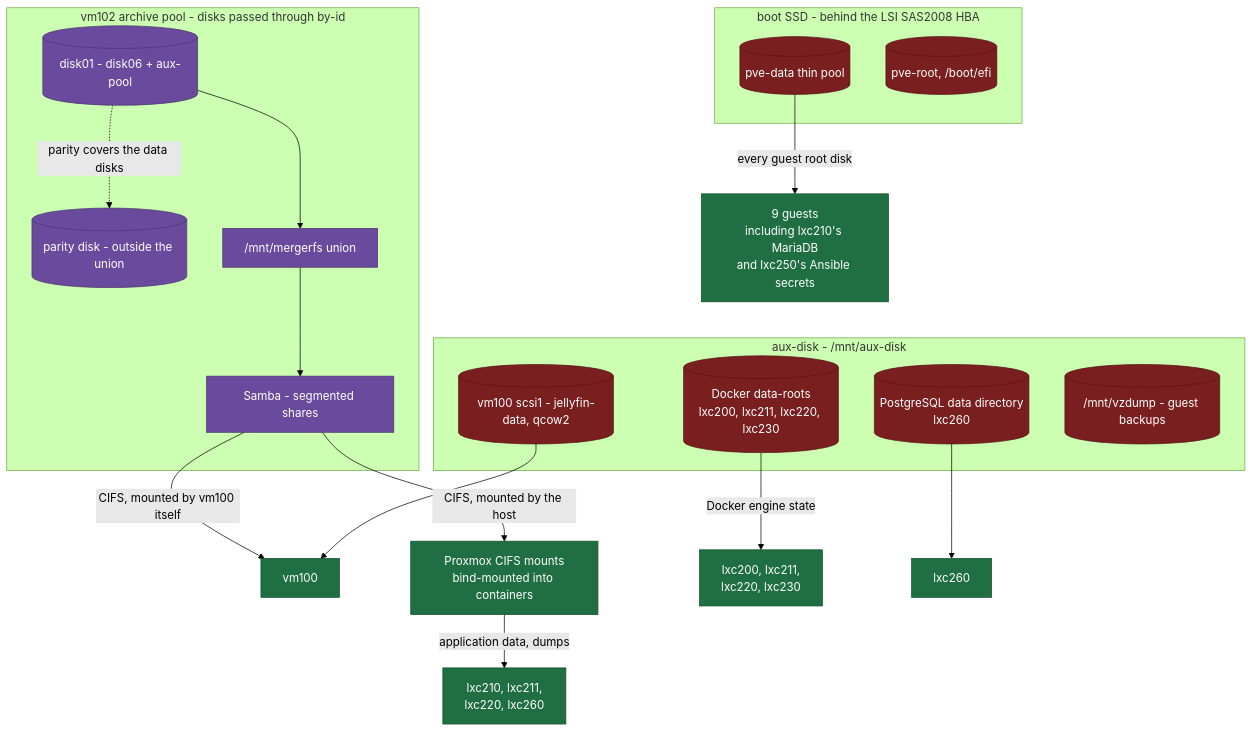
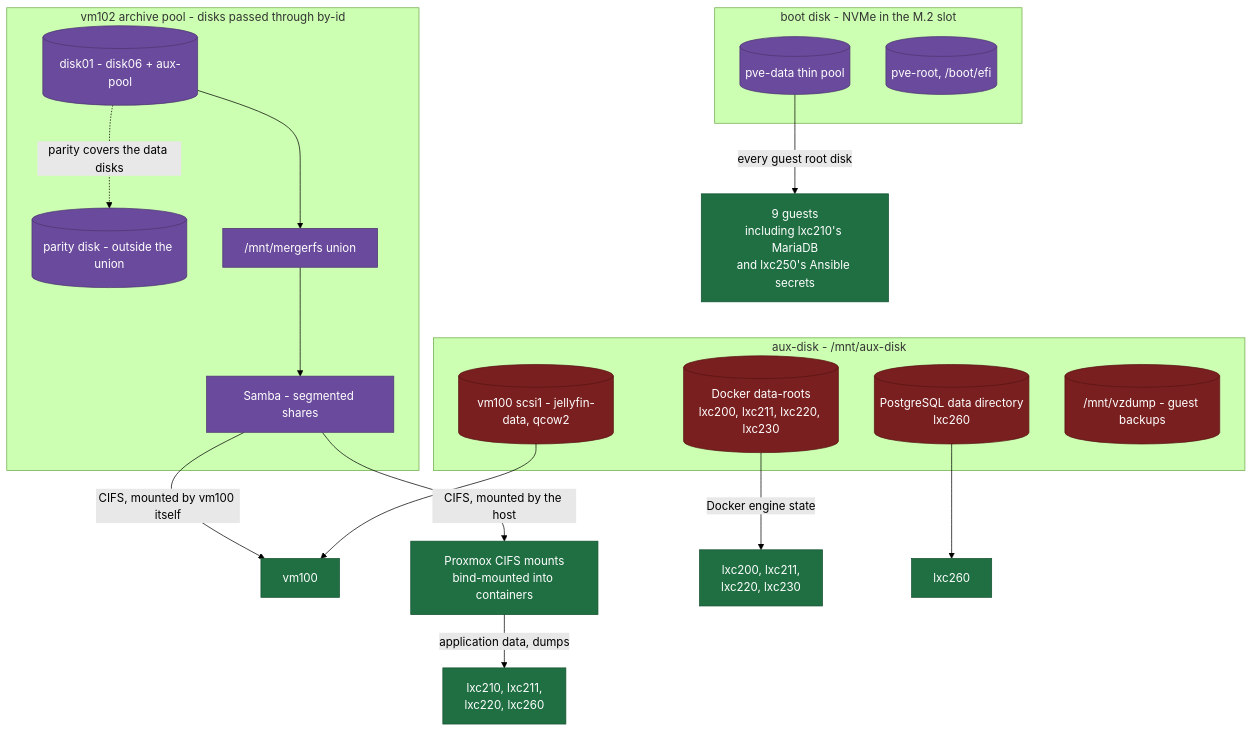
The third of 3 diagrams in docs/architecture/diagram.md (NicolasPogorzelski/homelab-server-architecture), drawn with Mermaid (forest theme) before and after one commit. The commit also changed other lines of this file and 7 other files, not shown here.

First line of the commit message:
docs(platform): name the NVMe as the boot disk in views and runbooks

````diff
--- a/docs/architecture/diagram.md
+++ b/docs/architecture/diagram.md
@@ -109,42 +109,42 @@
 ```mermaid
 flowchart TB
   accTitle: The three storage layers of the platform
-  accDescr: Boot SSD thin pool with all guest root disks, aux-disk with Docker data roots, PostgreSQL data and vm100's data disk, and the vm102 archive pool with parity, showing which consumer uses which.
+  accDescr: Boot NVMe thin pool with all guest root disks, aux-disk with Docker data roots, PostgreSQL data and vm100's data disk, and the vm102 archive pool with parity, showing which consumer uses which.
 
-  subgraph boot["boot SSD - behind the LSI SAS2008 HBA"]
+  subgraph boot["boot disk - NVMe in the M.2 slot"]
     THIN[("pve-data thin pool")]
     PVEROOT[("pve-root, /boot/efi")]
   end
 
   subgraph aux["aux-disk - /mnt/aux-disk"]
     DOCKERROOTS[("Docker data-roots<br/>lxc200, lxc211, lxc220, lxc230")]
     PGDATA[("PostgreSQL data directory<br/>lxc260")]
     JELLY[("vm100 scsi1 - jellyfin-data, qcow2")]
     VZDUMP[("/mnt/vzdump - guest backups")]
   end
 
   subgraph pool["vm102 archive pool - disks passed through by-id"]
     DISKS[("disk01 - disk06 + aux-pool")]
     PARITY[("parity disk - outside the union")]
     MERGER["/mnt/mergerfs union"]
     SAMBA["Samba - segmented shares"]
   end
 
   THIN -->|"every guest root disk"| GUESTS["9 guests<br/>including lxc210's MariaDB<br/>and lxc250's Ansible secrets"]
   DISKS --> MERGER
   DISKS -.->|"parity covers the data disks"| PARITY
   MERGER --> SAMBA
   SAMBA -->|"CIFS, mounted by vm100 itself"| VM100["vm100"]
   SAMBA -->|"CIFS, mounted by the host"| HOSTCIFS["Proxmox CIFS mounts<br/>bind-mounted into containers"]
   HOSTCIFS -->|"application data, dumps"| CIFSLXC["lxc210, lxc211,<br/>lxc220, lxc260"]
   DOCKERROOTS -->|"Docker engine state"| DOCKERLXC["lxc200, lxc211,<br/>lxc220, lxc230"]
   PGDATA --> PG["lxc260"]
   JELLY --> VM100
 
   classDef sick fill:#7a1f1f,stroke:#571414,color:#ffffff
   classDef ok fill:#6a4a9c,stroke:#4c3570,color:#ffffff
   classDef consumer fill:#1f6f43,stroke:#14512f,color:#ffffff
-  class THIN,PVEROOT,DOCKERROOTS,PGDATA,JELLY,VZDUMP sick
-  class DISKS,PARITY,MERGER,SAMBA ok
+  class DOCKERROOTS,PGDATA,JELLY,VZDUMP sick
+  class THIN,PVEROOT,DISKS,PARITY,MERGER,SAMBA ok
   class GUESTS,VM100,CIFSLXC,DOCKERLXC,HOSTCIFS,PG consumer
 ```
````
